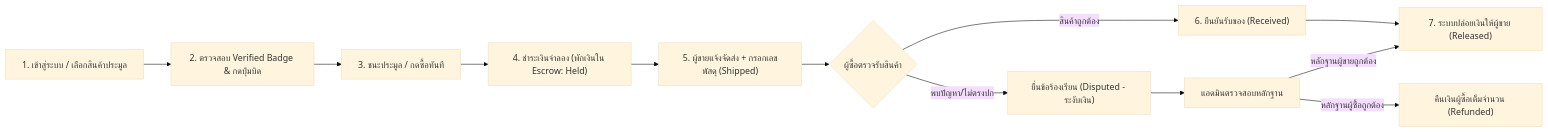
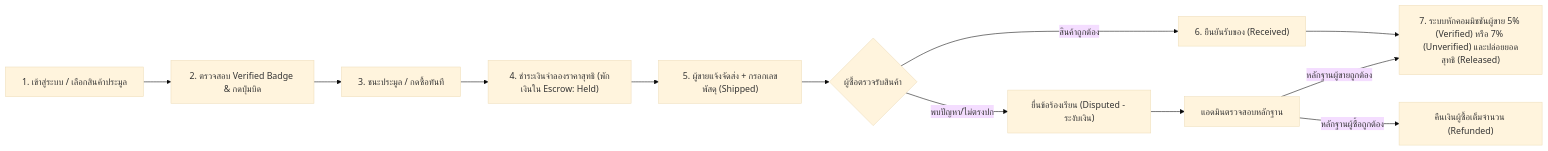
Before and after one commit to marchtanu/som-jing: the second of 3 diagrams in CHAPTER_5_REPORT.md, drawn with Mermaid (base theme). The commit also changed other lines of this file and 16 other files, not shown here.

````diff
--- a/CHAPTER_5_REPORT.md
+++ b/CHAPTER_5_REPORT.md
@@ -48,14 +50,14 @@
 ```mermaid
 flowchart LR
     A["1. เข้าสู่ระบบ / เลือกสินค้าประมูล"] --> B["2. ตรวจสอบ Verified Badge & กดปุ่มบิด"]
     B --> C["3. ชนะประมูล / กดซื้อทันที"]
-    C --> D["4. ชำระเงินจำลอง (พักเงินใน Escrow: Held)"]
+    C --> D["4. ชำระเงินจำลองราคาสุทธิ (พักเงินใน Escrow: Held)"]
     D --> E["5. ผู้ขายแจ้งจัดส่ง + กรอกเลขพัสดุ (Shipped)"]
     E --> F{"ผู้ซื้อตรวจรับสินค้า"}
     F -- "สินค้าถูกต้อง" --> G["6. ยืนยันรับของ (Received)"]
-    G --> H["7. ระบบปล่อยเงินให้ผู้ขาย (Released)"]
+    G --> H["7. ระบบหักคอมมิชชันผู้ขาย 5% (Verified) หรือ 7% (Unverified) และปล่อยยอดสุทธิ (Released)"]
     F -- "พบปัญหา/ไม่ตรงปก" --> I["ยื่นข้อร้องเรียน (Disputed - ระงับเงิน)"]
     I --> J["แอดมินตรวจสอบหลักฐาน"]
     J -- "หลักฐานผู้ซื้อถูกต้อง" --> K["คืนเงินผู้ซื้อเต็มจำนวน (Refunded)"]
     J -- "หลักฐานผู้ขายถูกต้อง" --> H
 ```
````
